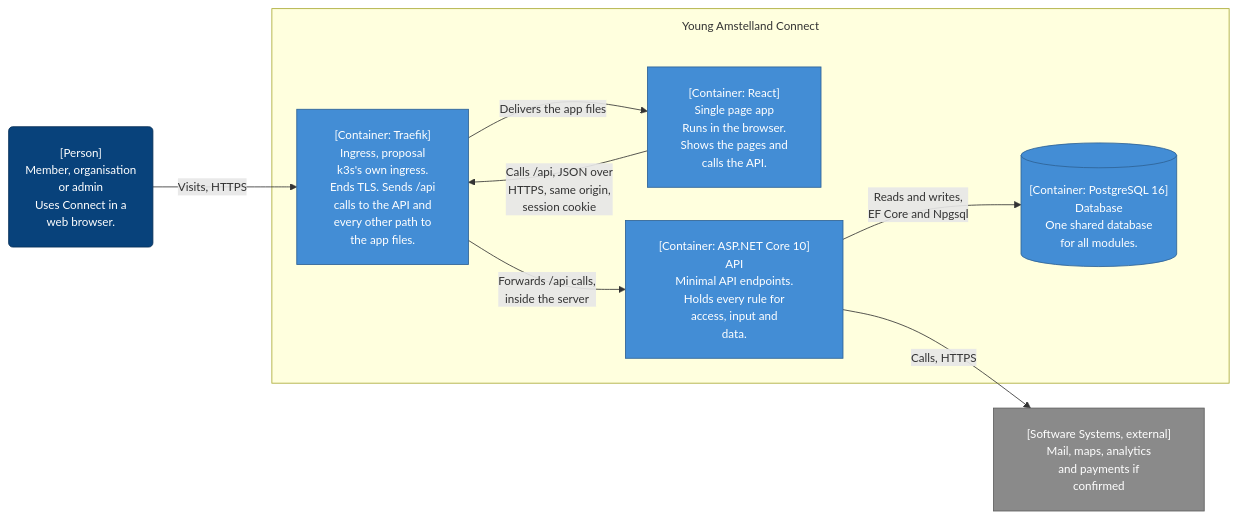
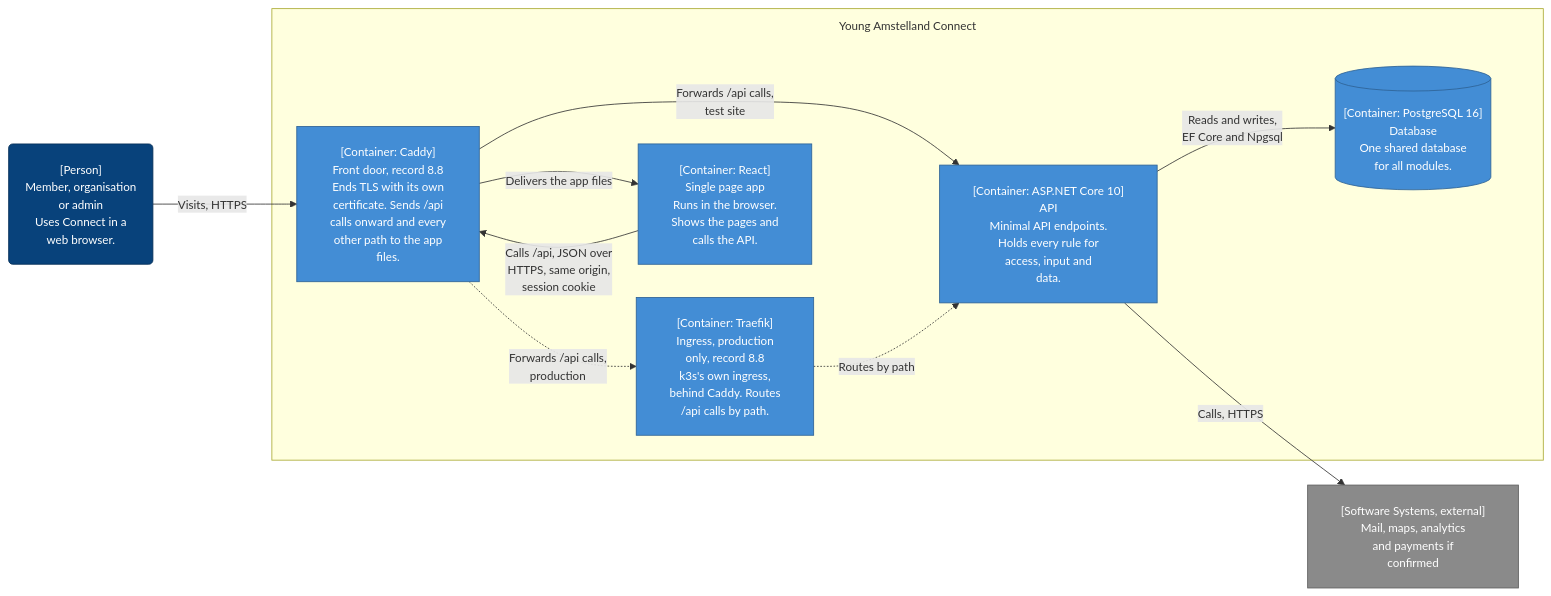
One commit to guruITA/connect-nine changed the third of 5 diagrams in docs/wesley/securityAndArchitectureEvidence.md. Above: the diagram before and after it, drawn with Mermaid. The commit also changed other lines of this file and 3 other files, not shown here.

Commit message:
docs(docs): match the Kubernetes text to the team plan for production and the test site (#38)

````diff
--- a/docs/wesley/securityAndArchitectureEvidence.md
+++ b/docs/wesley/securityAndArchitectureEvidence.md
@@ -134,24 +134,27 @@
 ```mermaid
 %%{init: {'flowchart': {'wrappingWidth': 220, 'padding': 20, 'nodeSpacing': 40, 'rankSpacing': 60, 'subGraphTitleMargin': {'top': 10, 'bottom': 25}}, 'themeVariables': {'fontSize': '14px'}}}%%
 flowchart LR
     user("[Person]<br/>Member, organisation<br/>or admin<br/>Uses Connect in a<br/>web browser.")
     subgraph connect ["Young Amstelland Connect"]
-        proxy["[Container: Traefik]<br/>Ingress, proposal<br/>k3s's own ingress.<br/>Ends TLS. Sends /api<br/>calls to the API and<br/>every other path to<br/>the app files."]
+        caddy["[Container: Caddy]<br/>Front door, record 8.8<br/>Ends TLS with its own<br/>certificate. Sends /api<br/>calls onward and every<br/>other path to the app<br/>files."]
+        traefik["[Container: Traefik]<br/>Ingress, production<br/>only, record 8.8<br/>k3s's own ingress,<br/>behind Caddy. Routes<br/>/api calls by path."]
         spa["[Container: React]<br/>Single page app<br/>Runs in the browser.<br/>Shows the pages and<br/>calls the API."]
         api["[Container: ASP.NET Core 10]<br/>API<br/>Minimal API endpoints.<br/>Holds every rule for<br/>access, input and<br/>data."]
         db[("[Container: PostgreSQL 16]<br/>Database<br/>One shared database<br/>for all modules.")]
     end
     ext["[Software Systems, external]<br/>Mail, maps, analytics<br/>and payments if<br/>confirmed"]
-    user -->|"Visits, HTTPS"| proxy
-    proxy -->|"Delivers the app files"| spa
-    spa -->|"Calls /api, JSON over<br/>HTTPS, same origin,<br/>session cookie"| proxy
-    proxy -->|"Forwards /api calls,<br/>inside the server"| api
+    user -->|"Visits, HTTPS"| caddy
+    caddy -->|"Delivers the app files"| spa
+    spa -->|"Calls /api, JSON over<br/>HTTPS, same origin,<br/>session cookie"| caddy
+    caddy -->|"Forwards /api calls,<br/>test site"| api
+    caddy -.->|"Forwards /api calls,<br/>production"| traefik
+    traefik -.->|"Routes by path"| api
     api -->|"Reads and writes,<br/>EF Core and Npgsql"| db
     api -->|"Calls, HTTPS"| ext
     classDef person fill:#08427b,color:#ffffff,stroke:#052e56
     classDef container fill:#438dd5,color:#ffffff,stroke:#2e6295
     classDef external fill:#8a8a8a,color:#ffffff,stroke:#5e5e5e
     class user person
-    class proxy,spa,api,db container
+    class caddy,traefik,spa,api,db container
     class ext external
 ```
````
